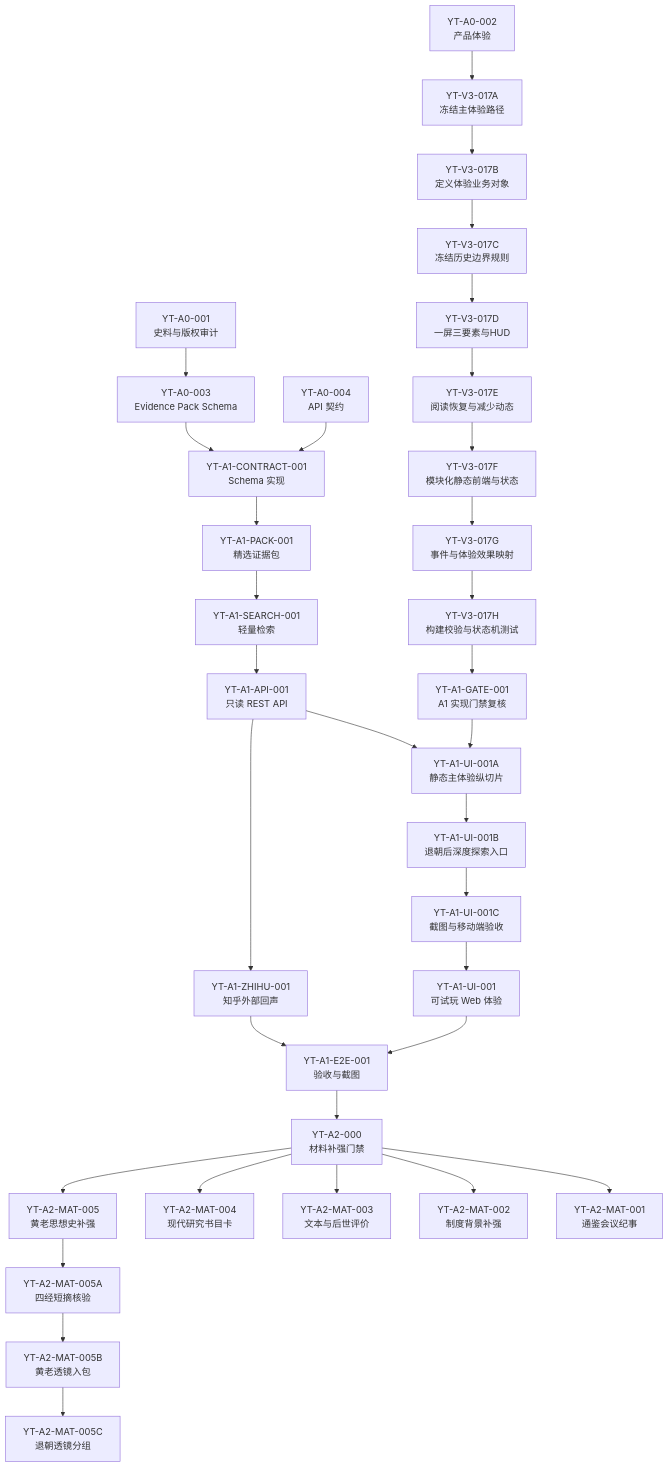
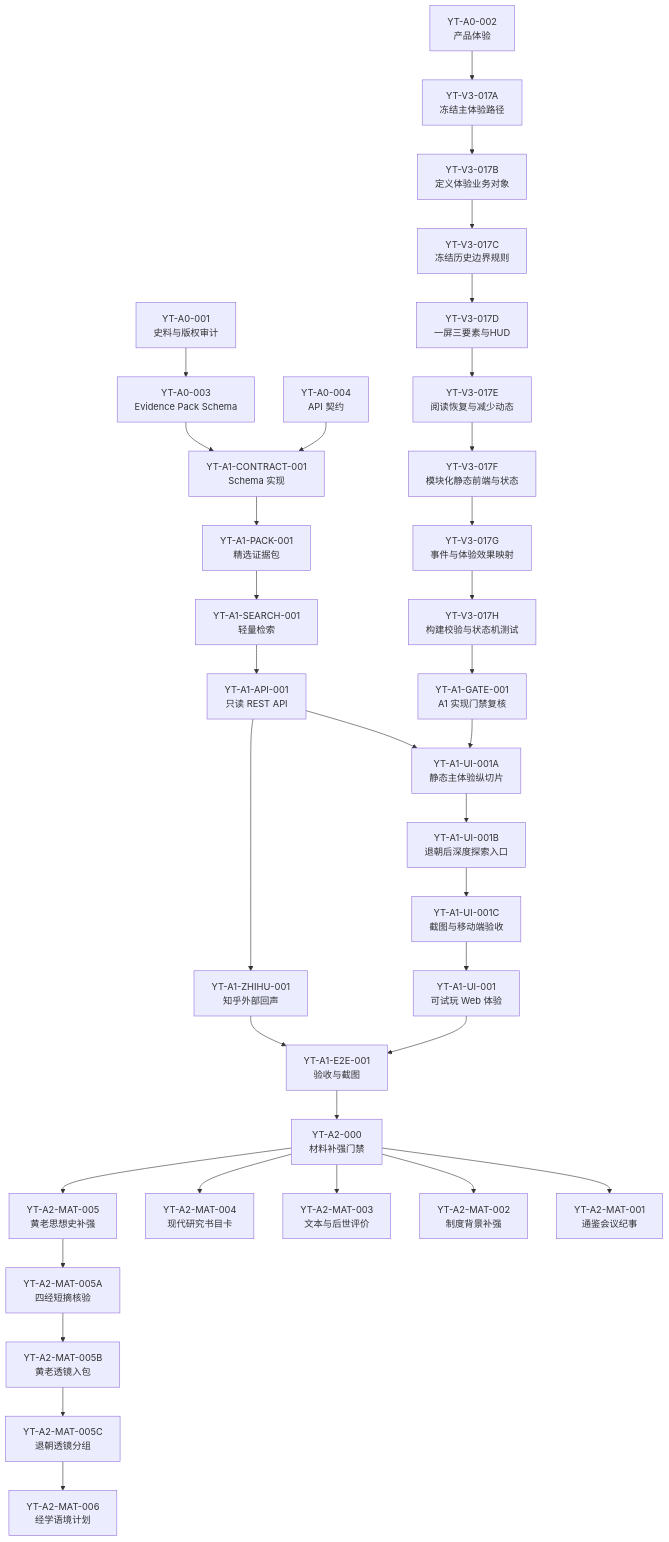
Before and after one commit to baijianqing/yantie-history: the diagram in docs/YANTIE_TASK_BREAKDOWN.md, drawn with Mermaid. The commit also changed other lines of this file and 3 other files, not shown here.

````diff
--- a/docs/YANTIE_TASK_BREAKDOWN.md
+++ b/docs/YANTIE_TASK_BREAKDOWN.md
@@ -24,36 +24,37 @@
 ```mermaid
 flowchart TB
     A001["YT-A0-001<br/>史料与版权审计"] --> A003["YT-A0-003<br/>Evidence Pack Schema"]
     A002["YT-A0-002<br/>产品体验"]
     A003 --> C001["YT-A1-CONTRACT-001<br/>Schema 实现"]
     A004["YT-A0-004<br/>API 契约"] --> C001
     C001 --> P001["YT-A1-PACK-001<br/>精选证据包"]
     P001 --> S001["YT-A1-SEARCH-001<br/>轻量检索"]
     S001 --> API001["YT-A1-API-001<br/>只读 REST API"]
     API001 --> UI001A["YT-A1-UI-001A<br/>静态主体验纵切片"]
     UI001A --> UI001B["YT-A1-UI-001B<br/>退朝后深度探索入口"]
     UI001B --> UI001C["YT-A1-UI-001C<br/>截图与移动端验收"]
     UI001C --> UI001["YT-A1-UI-001<br/>可试玩 Web 体验"]
     API001 --> ZH001["YT-A1-ZHIHU-001<br/>知乎外部回声"]
     UI001 --> E2E001["YT-A1-E2E-001<br/>验收与截图"]
     ZH001 --> E2E001
     E2E001 --> A2000["YT-A2-000<br/>材料补强门禁"]
     A2000 --> A2MAT001["YT-A2-MAT-001<br/>通鉴会议纪事"]
     A2000 --> A2MAT002["YT-A2-MAT-002<br/>制度背景补强"]
     A2000 --> A2MAT003["YT-A2-MAT-003<br/>文本与后世评价"]
     A2000 --> A2MAT004["YT-A2-MAT-004<br/>现代研究书目卡"]
     A2000 --> A2MAT005["YT-A2-MAT-005<br/>黄老思想史补强"]
     A2MAT005 --> A2MAT005A["YT-A2-MAT-005A<br/>四经短摘核验"]
     A2MAT005A --> A2MAT005B["YT-A2-MAT-005B<br/>黄老透镜入包"]
     A2MAT005B --> A2MAT005C["YT-A2-MAT-005C<br/>退朝透镜分组"]
+    A2MAT005C --> A2MAT006["YT-A2-MAT-006<br/>经学语境计划"]
     A002 --> V3017A["YT-V3-017A<br/>冻结主体验路径"]
     V3017A --> V3017B["YT-V3-017B<br/>定义体验业务对象"]
     V3017B --> V3017C["YT-V3-017C<br/>冻结历史边界规则"]
     V3017C --> V3017D["YT-V3-017D<br/>一屏三要素与HUD"]
     V3017D --> V3017E["YT-V3-017E<br/>阅读恢复与减少动态"]
     V3017E --> V3017F["YT-V3-017F<br/>模块化静态前端与状态"]
     V3017F --> V3017G["YT-V3-017G<br/>事件与体验效果映射"]
     V3017G --> V3017H["YT-V3-017H<br/>构建校验与状态机测试"]
     V3017H --> GATE001["YT-A1-GATE-001<br/>A1 实现门禁复核"]
     GATE001 --> UI001A
 ```
````
